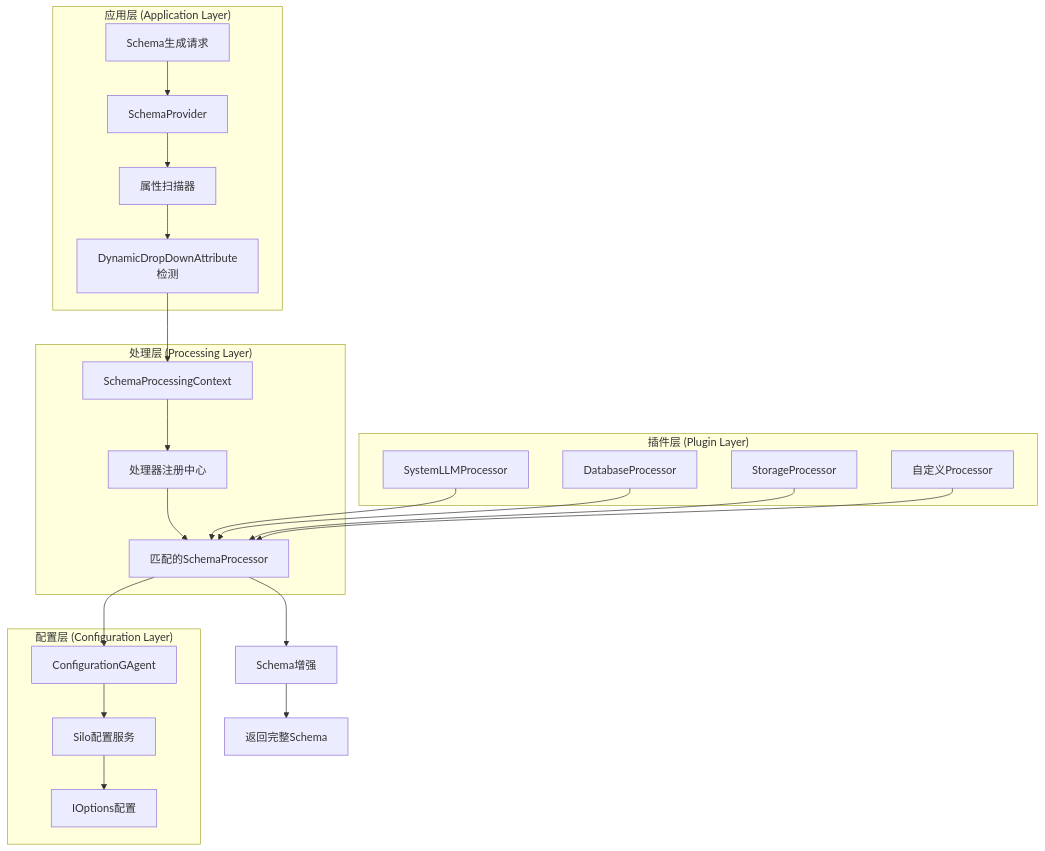
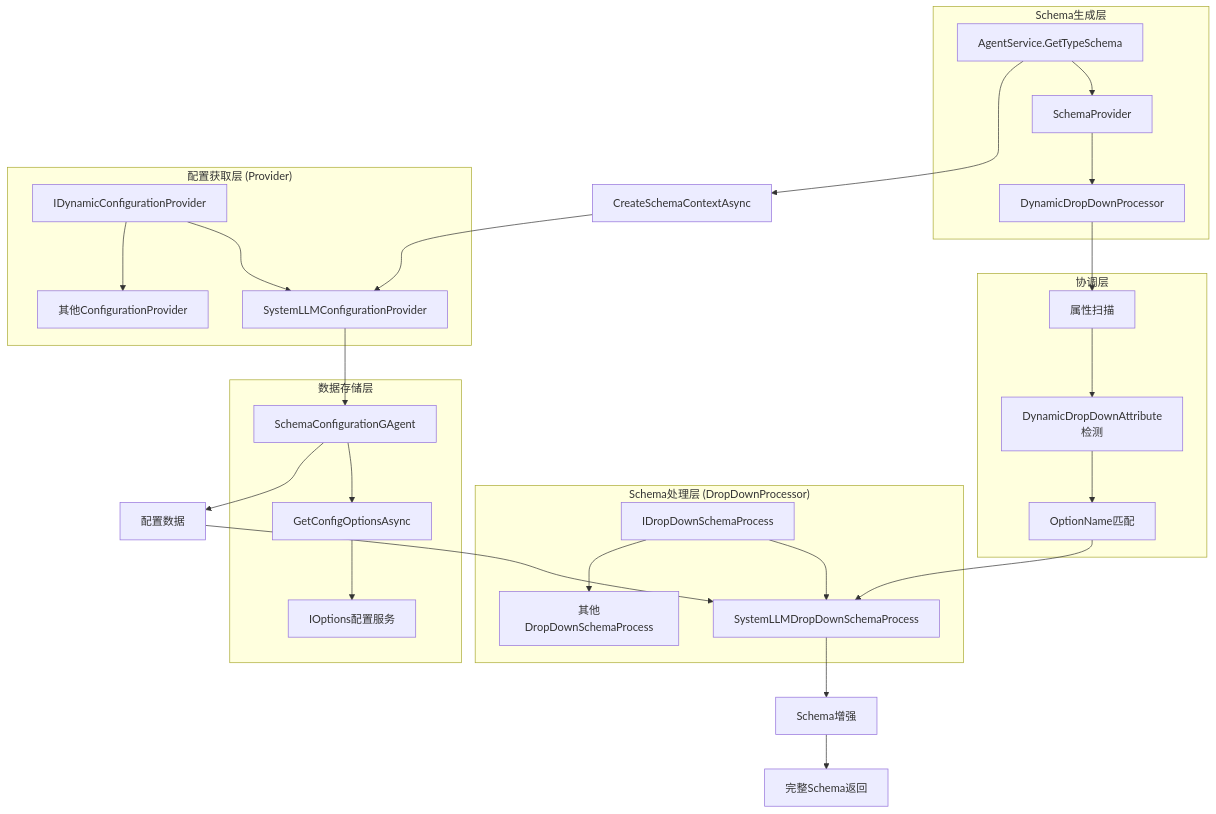
The diagram in docs/epics/7-dynamic-dropdown-plugin-architecture.md (aevatarAI/aevatar-station), drawn with Mermaid before and after one commit. The commit also changed other lines of this file, not shown here.

First line of the commit message:
Update dynamic dropdown plugin architecture documentation

````diff
--- a/docs/epics/7-dynamic-dropdown-plugin-architecture.md
+++ b/docs/epics/7-dynamic-dropdown-plugin-architecture.md
@@ -25,29 +25,37 @@
 ```mermaid
 graph TB
-    subgraph "应用层 (Application Layer)"
-        A[Schema生成请求] --> B[SchemaProvider]
-        B --> C[属性扫描器]
-        C --> D[DynamicDropDownAttribute检测]
+    subgraph "Schema生成层"
+        A[AgentService.GetTypeSchema] --> B[SchemaProvider]
+        B --> C[DynamicDropDownProcessor]
     end
     
-    subgraph "处理层 (Processing Layer)"
-        D --> E[SchemaProcessingContext]
-        E --> F[处理器注册中心]
-        F --> G[匹配的SchemaProcessor]
+    subgraph "配置获取层 (Provider)"
+        D[IDynamicConfigurationProvider] --> E[SystemLLMConfigurationProvider]
+        D --> F[其他ConfigurationProvider]
     end
     
-    subgraph "配置层 (Configuration Layer)"
-        G --> H[ConfigurationGAgent]
-        H --> I[Silo配置服务]
-        I --> J[IOptions配置]
+    subgraph "Schema处理层 (DropDownProcessor)"
+        G[IDropDownSchemaProcess] --> H[SystemLLMDropDownSchemaProcess]
+        G --> I[其他DropDownSchemaProcess]
     end
     
-    subgraph "插件层 (Plugin Layer)"
-        K[SystemLLMProcessor] --> G
-        L[DatabaseProcessor] --> G
-        M[StorageProcessor] --> G
-        N[自定义Processor] --> G
+    subgraph "数据存储层"
+        J[SchemaConfigurationGAgent] --> K[GetConfigOptionsAsync<T>]
+        K --> L[IOptions配置服务]
     end
     
-    G --> O[Schema增强] --> P[返回完整Schema]
+    subgraph "协调层"
+        C --> M[属性扫描]
+        M --> N[DynamicDropDownAttribute检测]
+        N --> O[OptionName匹配]
+        O --> H
+    end
+    
+    A --> P[CreateSchemaContextAsync]
+    P --> E
+    E --> J
+    J --> Q[配置数据]
+    Q --> H
+    H --> R[Schema增强]
+    R --> S[完整Schema返回]
 ```
````
